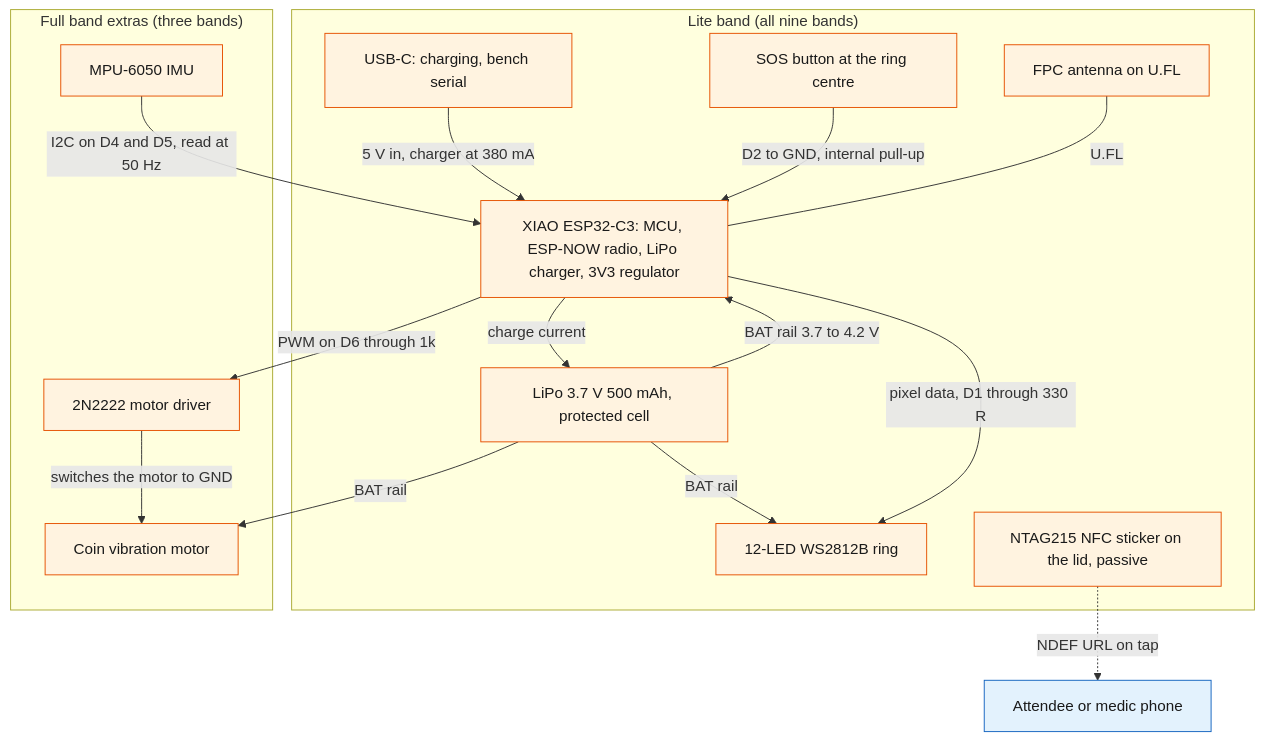
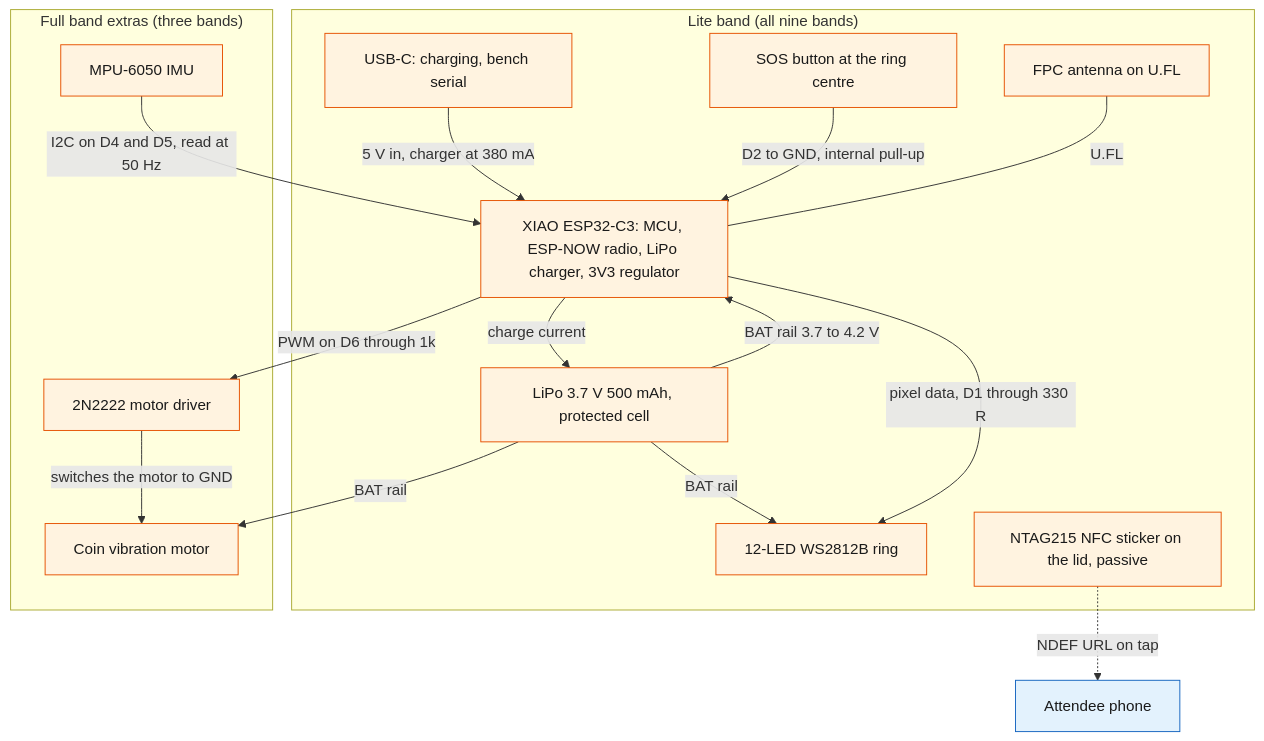
The first of 4 diagrams in System Design/4-devices/Hardware.md (viktorinkov/cal-hacks-13), drawn with Mermaid before and after one commit. The commit also changed other lines of this file and 20 other files, not shown here.

````diff
--- a/System Design/4-devices/Hardware.md
+++ b/System Design/4-devices/Hardware.md
@@ -60,34 +60,34 @@
 ```mermaid
 flowchart TB
     subgraph LITE["Lite band (all nine bands)"]
         USB["USB-C: charging, bench serial"]
         BAT["LiPo 3.7 V 500 mAh, protected cell"]
         XIAO["XIAO ESP32-C3: MCU, ESP-NOW radio, LiPo charger, 3V3 regulator"]
         ANT["FPC antenna on U.FL"]
         BTN["SOS button at the ring centre"]
         RING["12-LED WS2812B ring"]
         NFC["NTAG215 NFC sticker on the lid, passive"]
     end
     subgraph FULL["Full band extras (three bands)"]
         IMU["MPU-6050 IMU"]
         DRV["2N2222 motor driver"]
         MOT["Coin vibration motor"]
     end
-    PHONE["Attendee or medic phone"]
+    PHONE["Attendee phone"]
     USB -->|"5 V in, charger at 380 mA"| XIAO
     XIAO -->|"charge current"| BAT
     BAT -->|"BAT rail 3.7 to 4.2 V"| XIAO
     BAT -->|"BAT rail"| RING
     BAT -->|"BAT rail"| MOT
     XIAO -->|"pixel data, D1 through 330 R"| RING
     BTN -->|"D2 to GND, internal pull-up"| XIAO
     ANT ---|"U.FL"| XIAO
     IMU -->|"I2C on D4 and D5, read at 50 Hz"| XIAO
     XIAO -->|"PWM on D6 through 1k"| DRV
     DRV -->|"switches the motor to GND"| MOT
     NFC -.->|"NDEF URL on tap"| PHONE
     classDef device fill:#FFF3E0,stroke:#E65100,color:#1A1A1A
     classDef web fill:#E3F2FD,stroke:#1565C0,color:#1A1A1A
     class BAT,USB,XIAO,ANT,RING,BTN,NFC,IMU,DRV,MOT device
     class PHONE web
 ```
````
